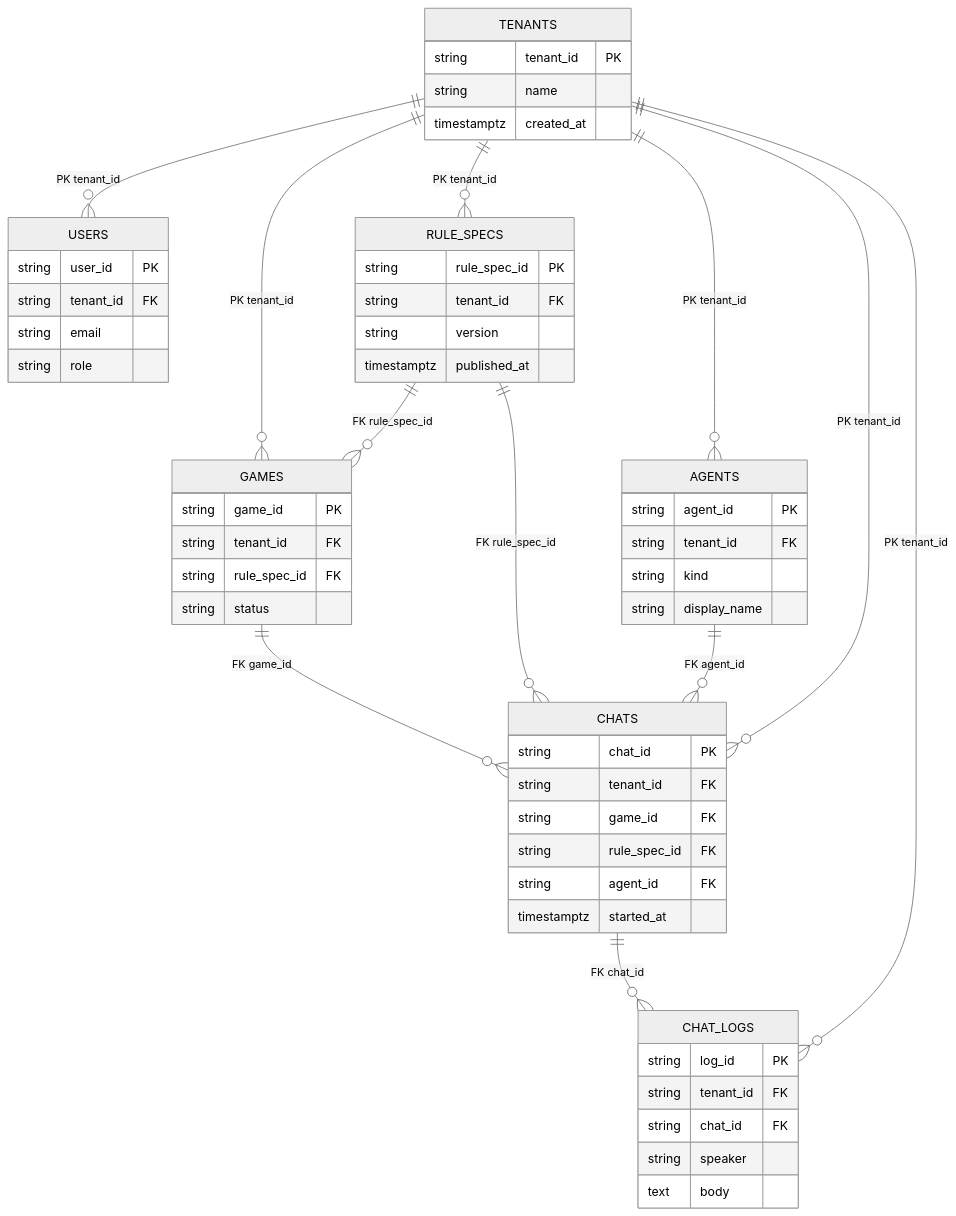
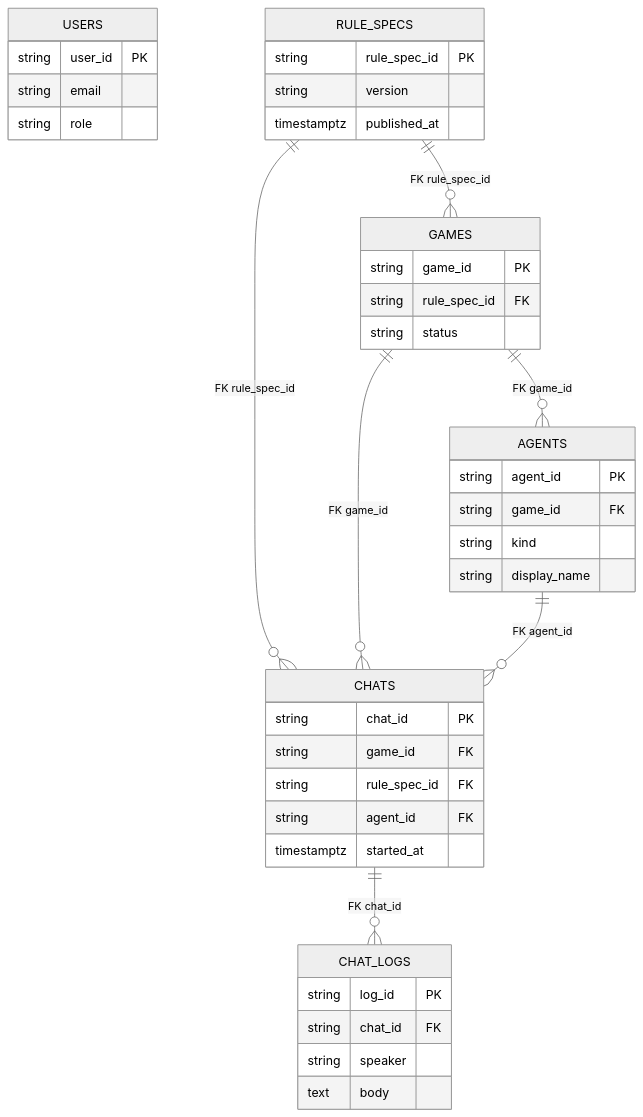
Before and after one commit to DegrassiAaron/meepleai-monorepo: the diagram in README.md, drawn with Mermaid (neutral theme). The commit also changed other lines of this file and 10 other files, not shown here.

````diff
--- a/README.md
+++ b/README.md
@@ -49,59 +49,44 @@
 ```mermaid
 erDiagram
-    TENANTS {
-        string tenant_id PK
-        string name
-        timestamptz created_at
-    }
     USERS {
         string user_id PK
-        string tenant_id FK
         string email
         string role
     }
     GAMES {
         string game_id PK
-        string tenant_id FK
         string rule_spec_id FK
         string status
     }
     RULE_SPECS {
         string rule_spec_id PK
-        string tenant_id FK
         string version
         timestamptz published_at
     }
     AGENTS {
         string agent_id PK
-        string tenant_id FK
+        string game_id FK
         string kind
         string display_name
     }
     CHATS {
         string chat_id PK
-        string tenant_id FK
         string game_id FK
         string rule_spec_id FK
         string agent_id FK
         timestamptz started_at
     }
     CHAT_LOGS {
         string log_id PK
-        string tenant_id FK
         string chat_id FK
         string speaker
         text body
     }
 
-    TENANTS ||--o{ USERS : "PK tenant_id"
-    TENANTS ||--o{ GAMES : "PK tenant_id"
-    TENANTS ||--o{ RULE_SPECS : "PK tenant_id"
-    TENANTS ||--o{ AGENTS : "PK tenant_id"
-    TENANTS ||--o{ CHATS : "PK tenant_id"
-    TENANTS ||--o{ CHAT_LOGS : "PK tenant_id"
     RULE_SPECS ||--o{ GAMES : "FK rule_spec_id"
     RULE_SPECS ||--o{ CHATS : "FK rule_spec_id"
+    GAMES ||--o{ AGENTS : "FK game_id"
     GAMES ||--o{ CHATS : "FK game_id"
     AGENTS ||--o{ CHATS : "FK agent_id"
     CHATS ||--o{ CHAT_LOGS : "FK chat_id"
 ```
````
